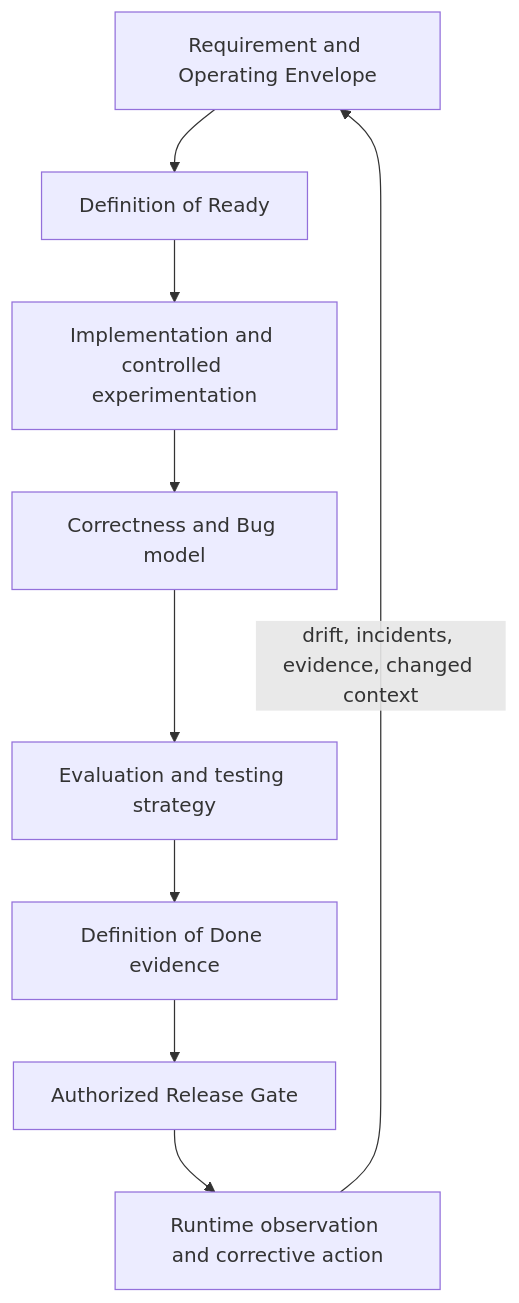
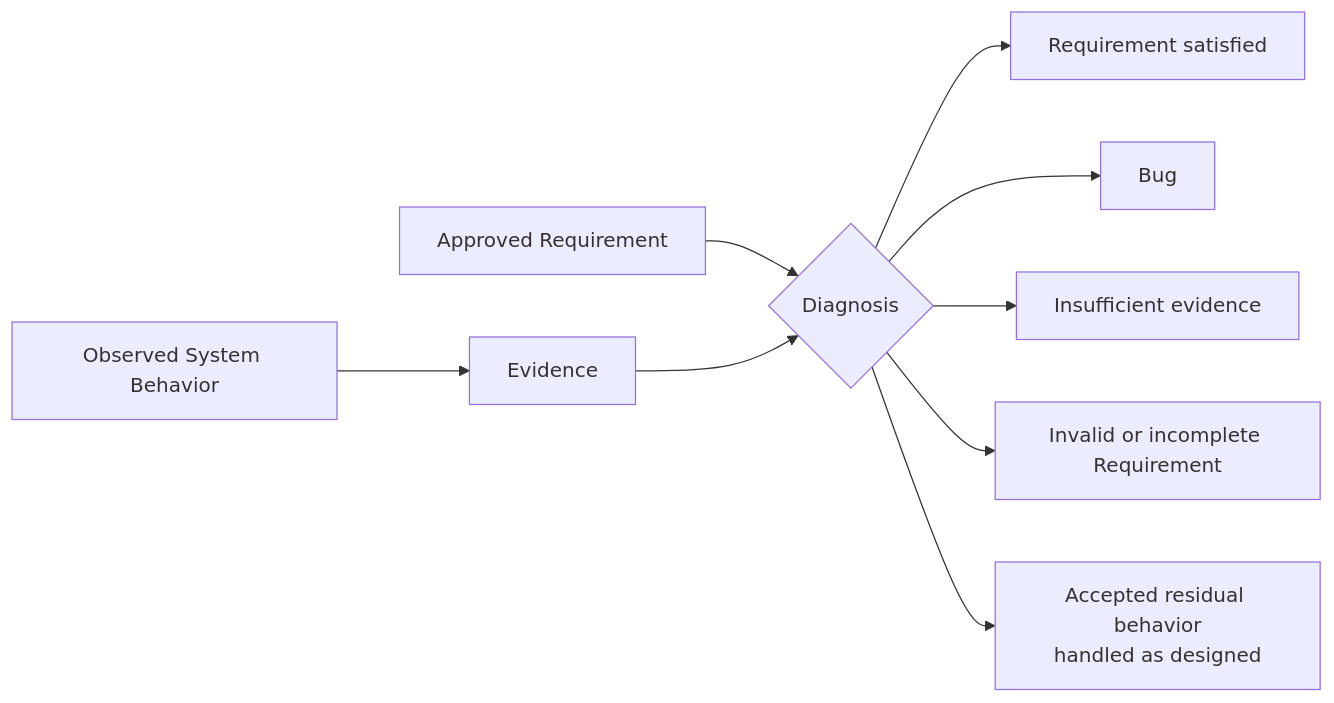
Before and after one commit to UncertaintyArchitectureGroup/uncertainty-architecture: the second of 3 diagrams in 00-doctrine/requirements-correctness-and-bugs.md, drawn with Mermaid. The commit also changed other lines of this file, not shown here.

Commit message:
Refine requirements correctness and bug doctrine

````diff
--- a/00-doctrine/requirements-correctness-and-bugs.md
+++ b/00-doctrine/requirements-correctness-and-bugs.md
@@ -252,14 +95,16 @@
 ```mermaid
-flowchart TD
-    R[Requirement and Operating Envelope]
-    DOR[Definition of Ready]
-    BUILD[Implementation and controlled experimentation]
-    CB[Correctness and Bug model]
-    EVAL[Evaluation and testing strategy]
-    DOD[Definition of Done evidence]
-    REL[Authorized Release Gate]
-    RUN[Runtime observation and corrective action]
+flowchart LR
+    R[Approved Requirement]
+    B[Observed System Behavior]
+    E[Evidence]
+    D{Diagnosis}
 
-    R --> DOR --> BUILD --> CB --> EVAL --> DOD --> REL --> RUN
-    RUN -->|drift, incidents, evidence, changed context| R
+    R --> D
+    B --> E --> D
+
+    D --> S[Requirement satisfied]
+    D --> BUG[Bug]
+    D --> U[Insufficient evidence]
+    D --> IR[Invalid or incomplete Requirement]
+    D --> T[Accepted residual behavior<br/>handled as designed]
 ```
````
